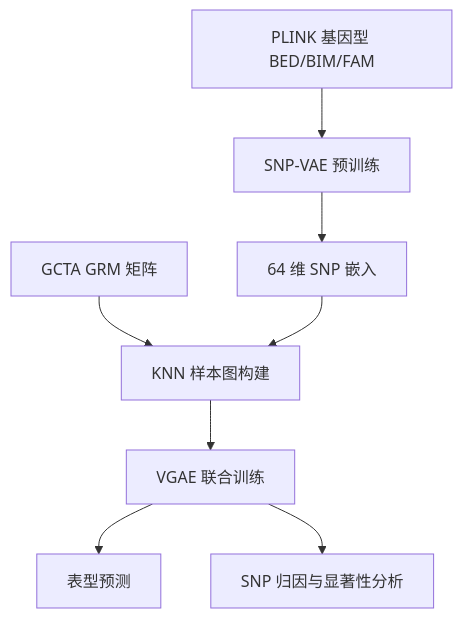
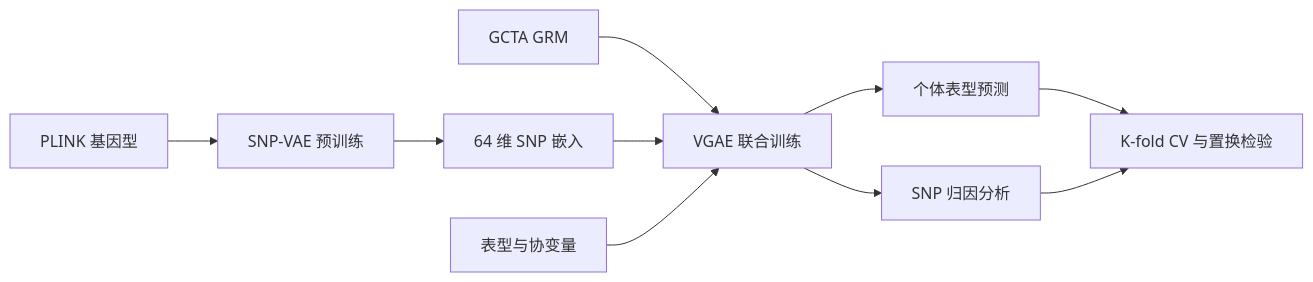
One commit to Georicl/SNP-VGAE changed the diagram in README.md. Above: the diagram before and after it, drawn with Mermaid.

Commit message:
docs: 优化 README Mermaid 流程图

````diff
--- a/README.md
+++ b/README.md
@@ -7,10 +7,12 @@
 ```mermaid
-graph TB
-    A[PLINK 基因型 BED/BIM/FAM] --> B[SNP-VAE 预训练]
-    B --> C[64 维 SNP 嵌入]
-    D[GCTA GRM 矩阵] --> E[KNN 样本图构建]
+graph LR
+    A["PLINK 基因型"] --> B["SNP-VAE 预训练"]
+    B --> C["64 维 SNP 嵌入"]
+    D["GCTA GRM"] --> E["VGAE 联合训练"]
     C --> E
-    E --> F[VGAE 联合训练]
-    F --> G[表型预测]
-    F --> H[SNP 归因与显著性分析]
+    F["表型与协变量"] --> E
+    E --> G["个体表型预测"]
+    E --> H["SNP 归因分析"]
+    G --> I["K-fold CV 与置换检验"]
+    H --> I
 ```
````
